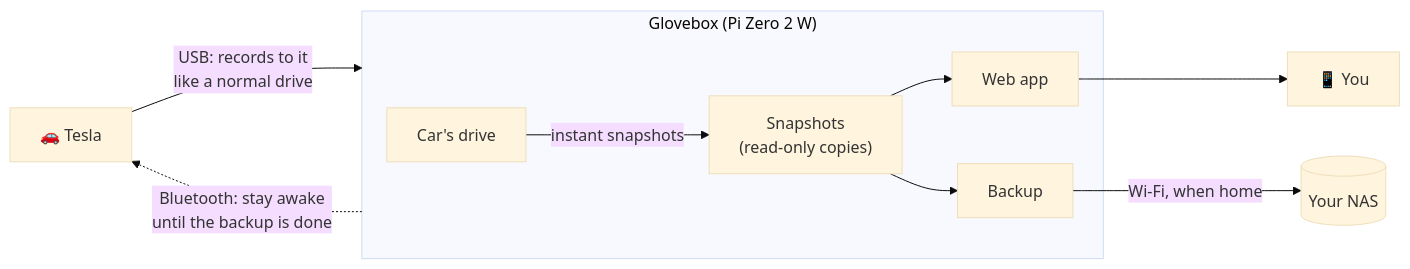
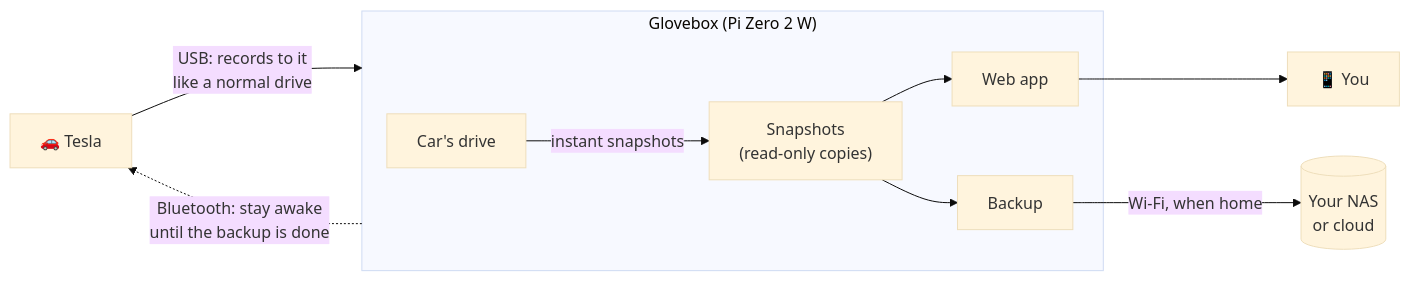
One commit to lubaxe/glovebox changed the diagram in README.md. Above: the diagram before and after it, drawn with Mermaid (base theme). The commit also changed other lines of this file and 58 other files, not shown here.

````diff
--- a/README.md
+++ b/README.md
@@ -59,12 +96,12 @@
 ```mermaid
 flowchart LR
     car["🚗 Tesla"] -- "USB: records to it<br>like a normal drive" --> pi
     subgraph pi ["Glovebox (Pi Zero 2 W)"]
         drive["Car's drive"] -- "instant snapshots" --> snaps["Snapshots<br>(read-only copies)"]
         snaps --> web["Web app"]
         snaps --> backup["Backup"]
     end
-    backup -- "Wi-Fi, when home" --> nas[("Your NAS")]
+    backup -- "Wi-Fi, when home" --> nas[("Your NAS<br>or cloud")]
     pi -. "Bluetooth: stay awake<br>until the backup is done" .-> car
     web --> you["📱 You"]
 ```
````
